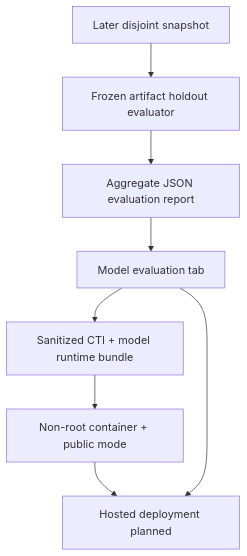
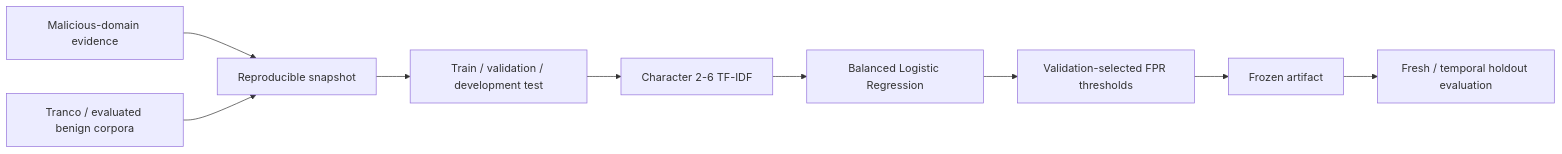
The second of 2 diagrams in docs/ARCHITECTURE.md (ConquestorYa/threatfusion-ai), drawn with Mermaid before and after one commit. The commit also changed other lines of this file, not shown here.

Commit message:
docs: rewrite architecture for current v0.1.0 system

````diff
--- a/docs/ARCHITECTURE.md
+++ b/docs/ARCHITECTURE.md
@@ -116,10 +264,11 @@
-```mermaid
-flowchart TD
-    Dashboard[Streamlit dashboard] --> Bundle[Sanitized CTI + model runtime bundle]
-    Bundle --> Container[Non-root container + public mode]
-    Container --> Hosted[Hosted deployment planned]
-    Holdout[Later disjoint snapshot] --> Eval[Frozen artifact holdout evaluator]
-    Eval --> EvalReport[Aggregate JSON evaluation report]
-    EvalReport --> Dashboard[Model evaluation tab]
-    Dashboard --> Hosted
-```
+~~~mermaid
+flowchart LR
+    CTI[Malicious-domain evidence] --> SNAP[Reproducible snapshot]
+    BENIGN[Tranco / evaluated benign corpora] --> SNAP
+    SNAP --> SPLIT[Train / validation / development test]
+    SPLIT --> TFIDF[Character 2-6 TF-IDF]
+    TFIDF --> LR[Balanced Logistic Regression]
+    LR --> THR[Validation-selected FPR thresholds]
+    THR --> ARTIFACT[Frozen artifact]
+    ARTIFACT --> HOLDOUT[Fresh / temporal holdout evaluation]
+~~~
````
